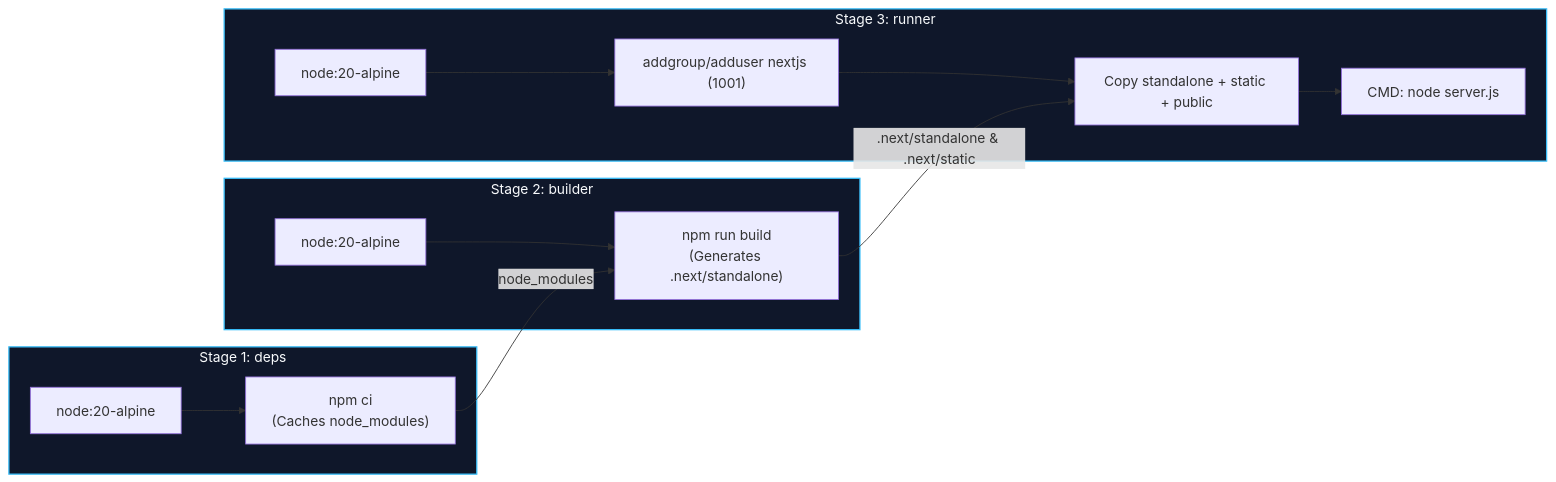
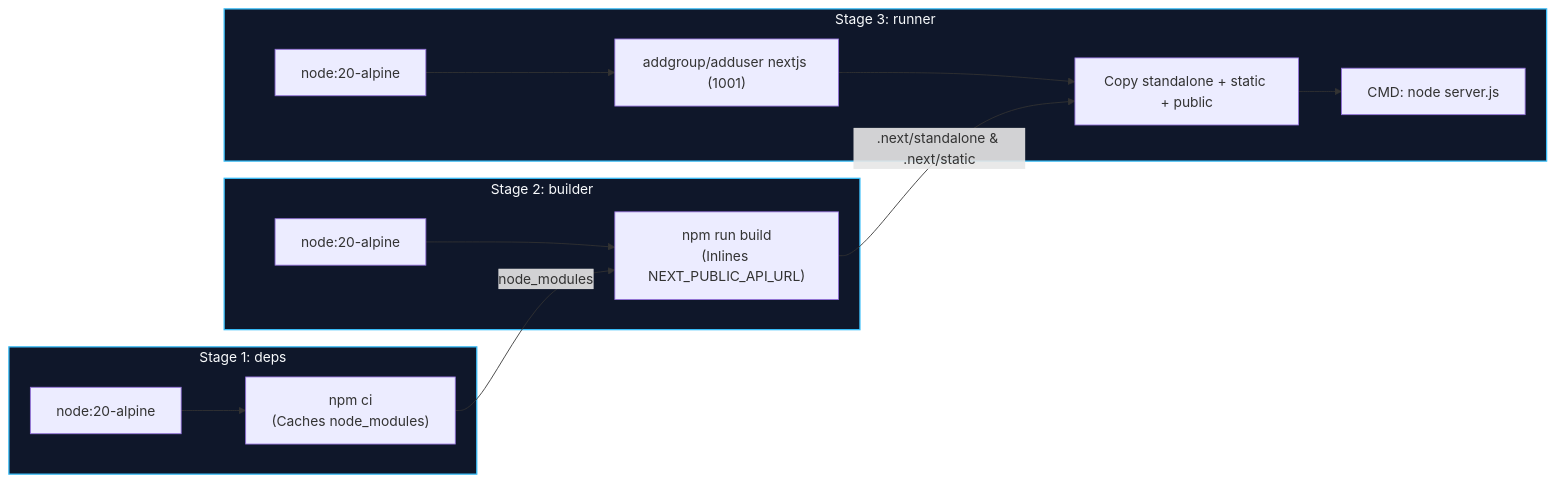
Before and after one commit to biswajit-rout/PartShop: the third of 4 diagrams in docs/docker-architecture.md, drawn with Mermaid. The commit also changed other lines of this file and 51 other files, not shown here.

````diff
--- a/docs/docker-architecture.md
+++ b/docs/docker-architecture.md
@@ -80,28 +131,28 @@
 ```mermaid
 flowchart LR
     subgraph Stage1["Stage 1: deps"]
         Alpine1["node:20-alpine"]
         NPMCI["npm ci<br/>(Caches node_modules)"]
         Alpine1 --> NPMCI
     end
 
     subgraph Stage2["Stage 2: builder"]
         Alpine2["node:20-alpine"]
-        BuildRun["npm run build<br/>(Generates .next/standalone)"]
+        BuildRun["npm run build<br/>(Inlines NEXT_PUBLIC_API_URL)"]
         Alpine2 --> BuildRun
     end
 
     subgraph Stage3["Stage 3: runner"]
         Alpine3["node:20-alpine"]
         Security["addgroup/adduser nextjs (1001)"]
         CopyArtifacts["Copy standalone + static + public"]
         Exec["CMD: node server.js"]
         Alpine3 --> Security --> CopyArtifacts --> Exec
     end
 
     NPMCI -->|node_modules| BuildRun
     BuildRun -->|.next/standalone & .next/static| CopyArtifacts
 
     classDef stage fill:#0f172a,stroke:#38bdf8,stroke-width:1.5px,color:#f8fafc;
     class Stage1,Stage2,Stage3 stage;
 ```
````
